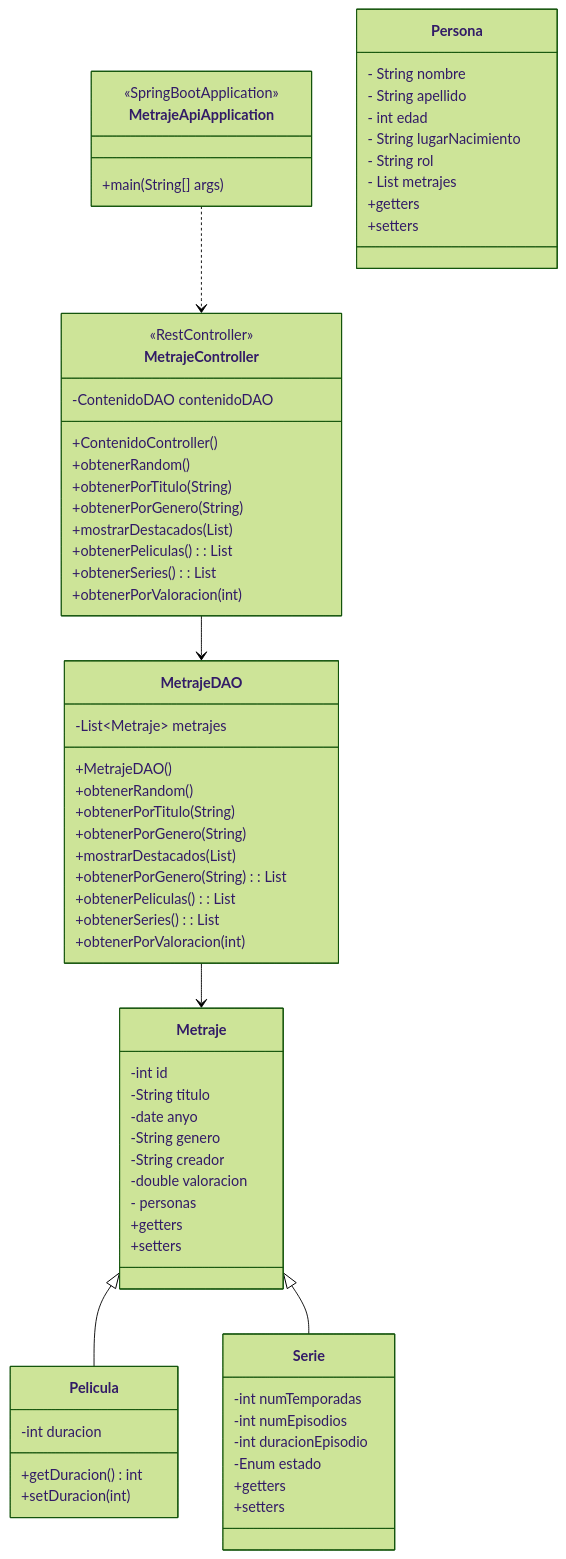
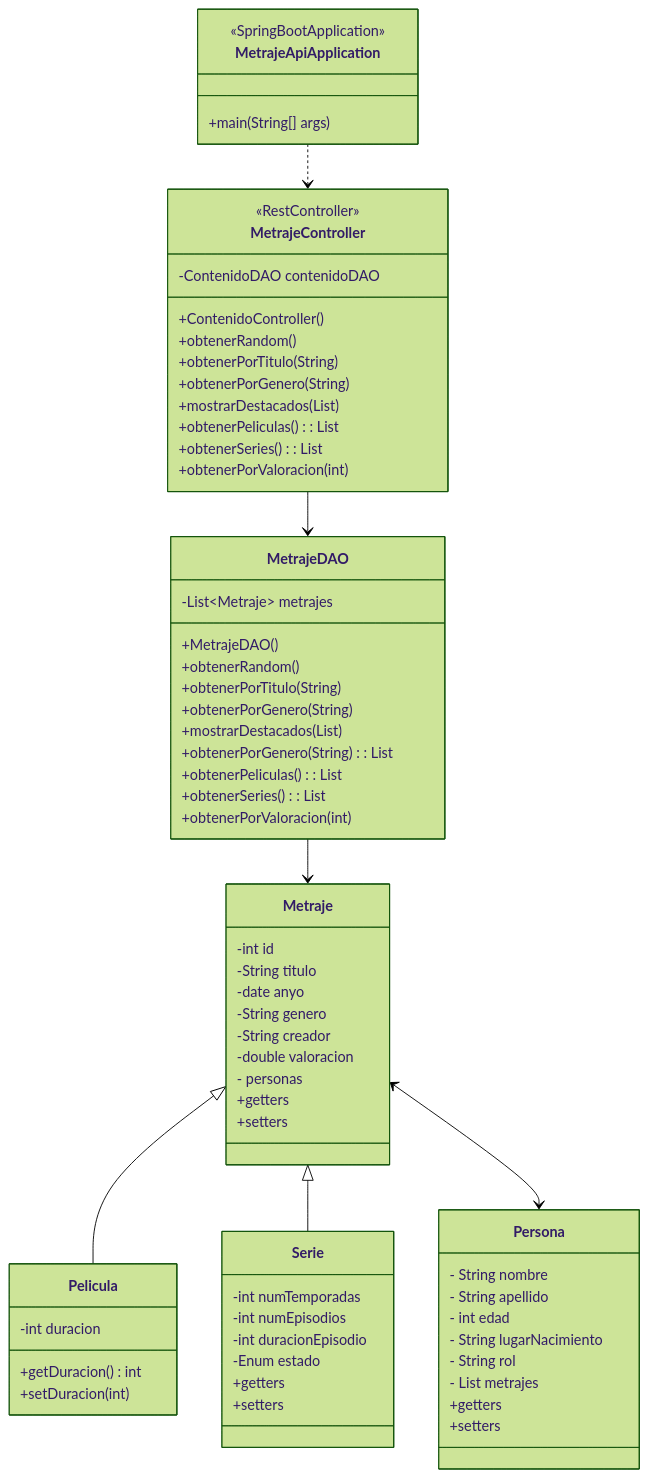
The diagram in diseño/diagrama_clase.md (JesusCanas/PlotTwist), drawn with Mermaid (forest theme) before and after one commit.

Commit message:
añadido relación

````diff
--- a/diseño/diagrama_clase.md
+++ b/diseño/diagrama_clase.md
@@ -2,75 +2,76 @@
 ```mermaid
 classDiagram
     class Metraje{
         -int id
         -String titulo
         -date anyo
         -String genero
         -String creador
         -double valoracion
         -<List Persona> personas
         +getters
         +setters
     }
 
     class Pelicula {
         -int duracion
         +getDuracion() int
         +setDuracion(int)
     }
 
     class Serie {
         -int numTemporadas
         -int numEpisodios
         -int duracionEpisodio
         -Enum estado
         +getters
         +setters
     }
 
     class  MetrajeDAO {
         -List~Metraje~ metrajes
         +MetrajeDAO()
         +obtenerRandom() 
         +obtenerPorTitulo(String) 
         +obtenerPorGenero(String)
         +mostrarDestacados(List<Metraje>)
         +obtenerPorGenero(String) : List<Contenido>
         +obtenerPeliculas() : List<Pelicula>
         +obtenerSeries() : List<Serie>
         +obtenerPorValoracion(int)
     }
 
     class MetrajeController {
         <<RestController>>
         -ContenidoDAO contenidoDAO
         +ContenidoController()
         +obtenerRandom()
         +obtenerPorTitulo(String)
         +obtenerPorGenero(String) 
         +mostrarDestacados(List<Metraje>)
         +obtenerPeliculas() : List<Pelicula>
         +obtenerSeries() : List<Serie>
         +obtenerPorValoracion(int)
     }
 
     class MetrajeApiApplication {
         <<SpringBootApplication>>
         +main(String[] args)
     }
     class Persona {
         - String nombre
         - String apellido
         - int edad
         - String lugarNacimiento
         - String rol
         - List<Metraje>  metrajes
         +getters
         +setters
     }
     Metraje <|-- Pelicula
     Metraje <|-- Serie 
+    Metraje <--> Persona
     MetrajeDAO --> Metraje 
     MetrajeController --> MetrajeDAO 
     MetrajeApiApplication ..> MetrajeController 
 ```
````
